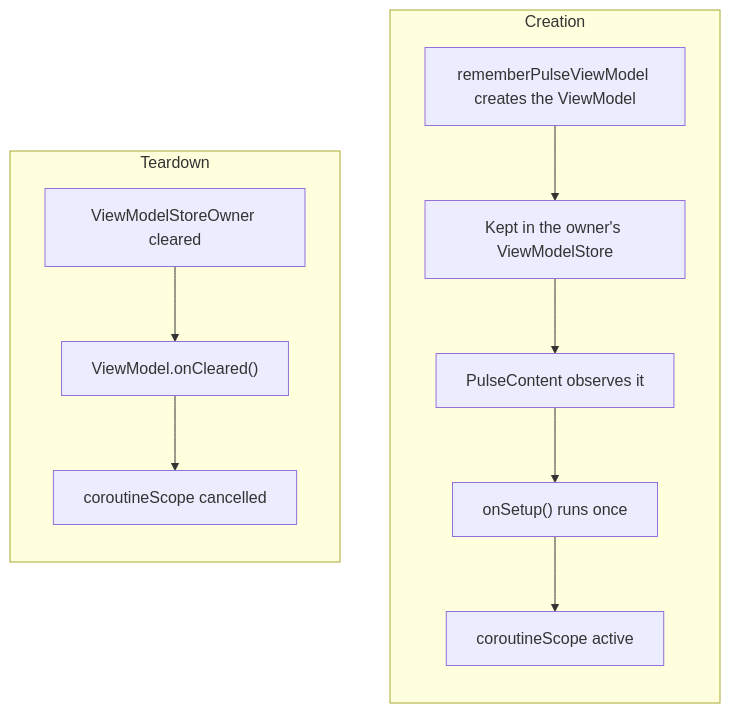
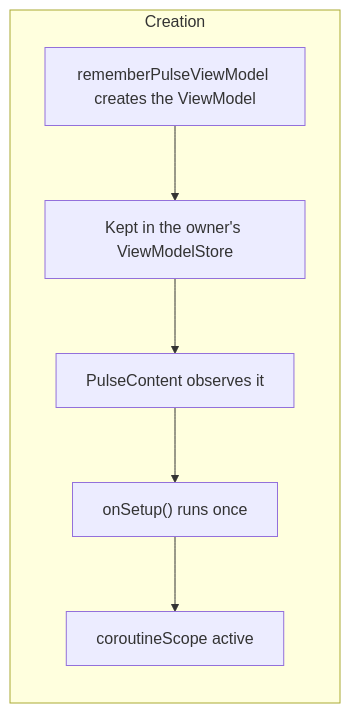
The fifth of 6 diagrams in docs/guide/architecture.md (kaleidot725/PulseMVI), drawn with Mermaid before and after one commit. The commit also changed 2 other files, not shown here.

Commit message:
Stop VitePress's paragraph rules from clipping Mermaid labels
Mermaid measures each html label in a sandbox outside .vp-doc, then
the SVG lands inside it, where `.vp-doc p` adds 28px line-height and
16px margins. Two-line labels grew past the boxes Mermaid had sized for
them and were cut off. Inside .mermaid the paragraph margins are now
zero and the line-height matches what Mermaid measured with, and
foreignObject overflow is visible as a safety net.

The Lifecycle diagram also splits into Creation and Teardown, one under
the other; as two disconnected subgraphs in one chart Mermaid set them
side by side at different heights.

Claude-Session: https://claude.ai/code/session_01NDq1Kws9ev4DmeZqfY8PNw

````diff
--- a/docs/guide/architecture.md
+++ b/docs/guide/architecture.md
@@ -82,17 +82,11 @@
 ```mermaid
 flowchart TB
     subgraph create["Creation"]
         direction TB
         A["rememberPulseViewModel creates the ViewModel"]
         A --> B["Kept in the owner's ViewModelStore"]
         B --> C["PulseContent observes it"]
         C --> D["onSetup() runs once"]
         D --> E["coroutineScope active"]
     end
-    subgraph clear["Teardown"]
-        direction TB
-        F["ViewModelStoreOwner cleared"]
-        F --> G["ViewModel.onCleared()"]
-        G --> H["coroutineScope cancelled"]
-    end
 ```
````
